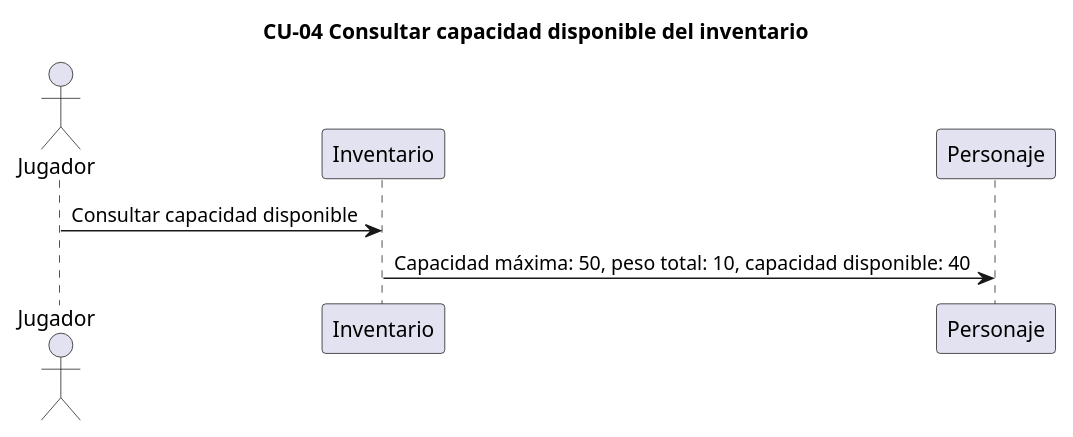
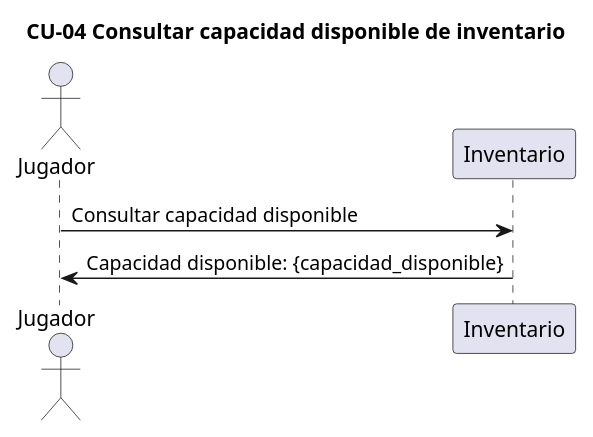
One commit to Samuel-uxn/analisis-final-g02 changed the diagram in salida/diagramas/04_secuencia_CU-04.puml. Above: the diagram before and after it, drawn with PlantUML. The commit also changed 21 other files, not shown here.

```diff
--- a/salida/diagramas/04_secuencia_CU-04.puml
+++ b/salida/diagramas/04_secuencia_CU-04.puml
@@ -1,10 +1,9 @@
 @startuml
 ' Generado por spec2code. Es una PROPUESTA del pipeline: audítala contra la spec.
-title CU-04 Consultar capacidad disponible del inventario
+title CU-04 Consultar capacidad disponible de inventario
 actor "Jugador" as P1
 participant "Inventario" as P2
-participant "Personaje" as P3
 
 P1 -> P2 : Consultar capacidad disponible
-P2 -> P3 : Capacidad máxima: 50, peso total: 10, capacidad disponible: 40
+P2 -> P1 : Capacidad disponible: {capacidad_disponible}
 @enduml
```
